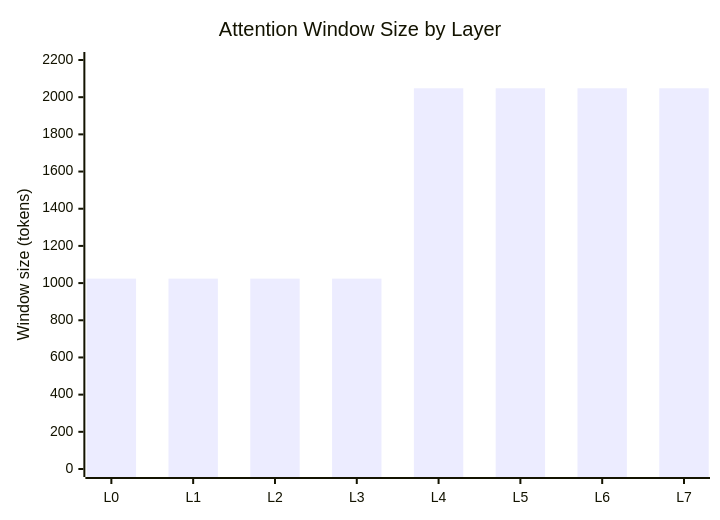
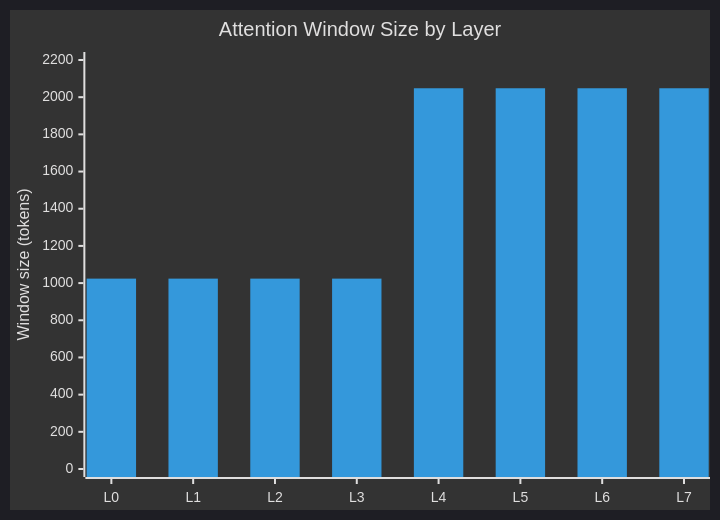
One commit to Hatajohn/autoresearch changed the second of 3 diagrams in architecture.md. Above: the diagram before and after it, drawn with Mermaid. The commit also changed other lines of this file, not shown here.

First line of the commit message:
Add colour coding to architecture diagrams (dark-mode friendly)

````diff
--- a/architecture.md
+++ b/architecture.md
@@ -128,7 +160,8 @@
 ```mermaid
+%%{init: {'theme': 'dark'}}%%
 xychart-beta
     title "Attention Window Size by Layer"
     x-axis ["L0", "L1", "L2", "L3", "L4", "L5", "L6", "L7"]
     y-axis "Window size (tokens)" 0 --> 2200
     bar  [1024, 1024, 1024, 1024, 2048, 2048, 2048, 2048]
 ```
````
